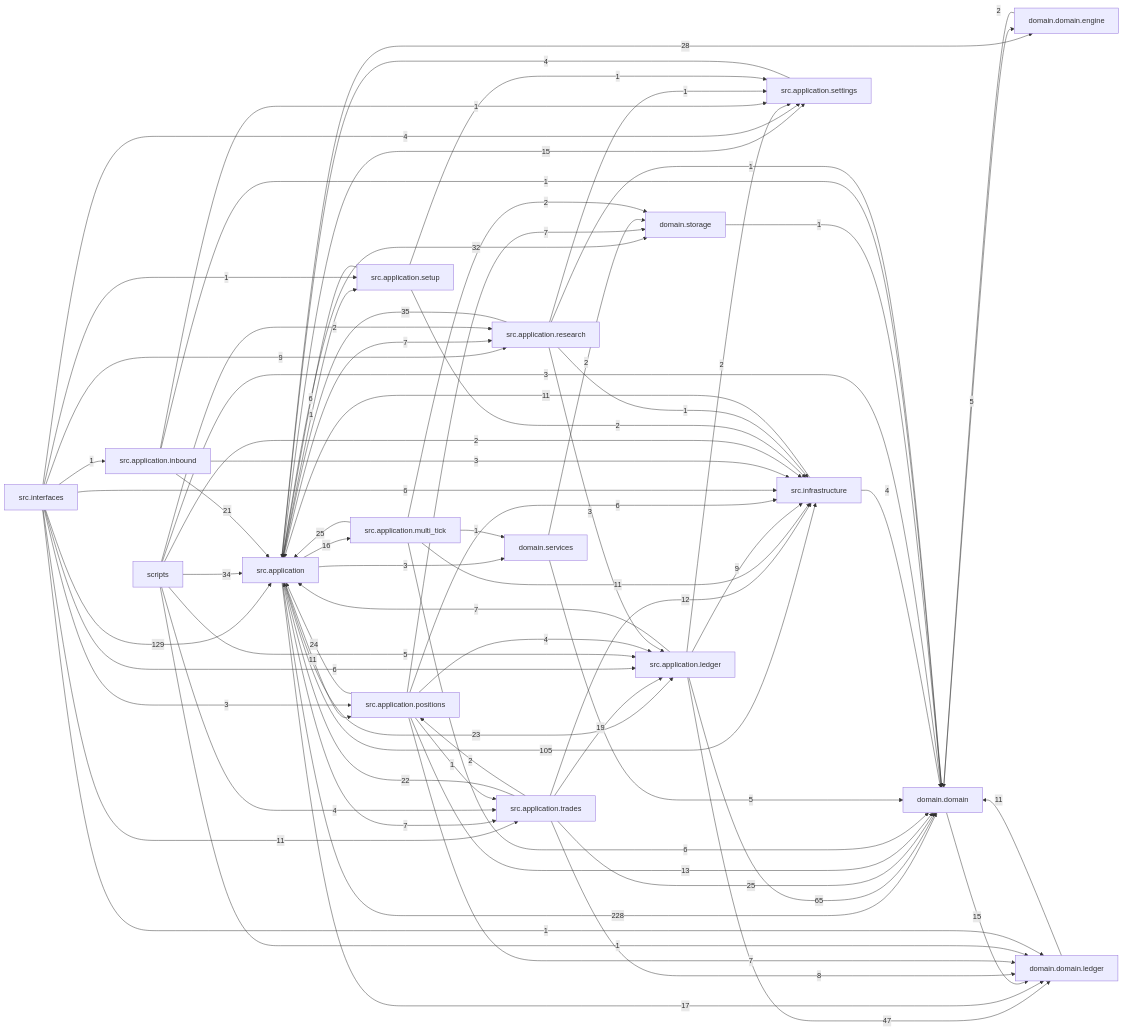
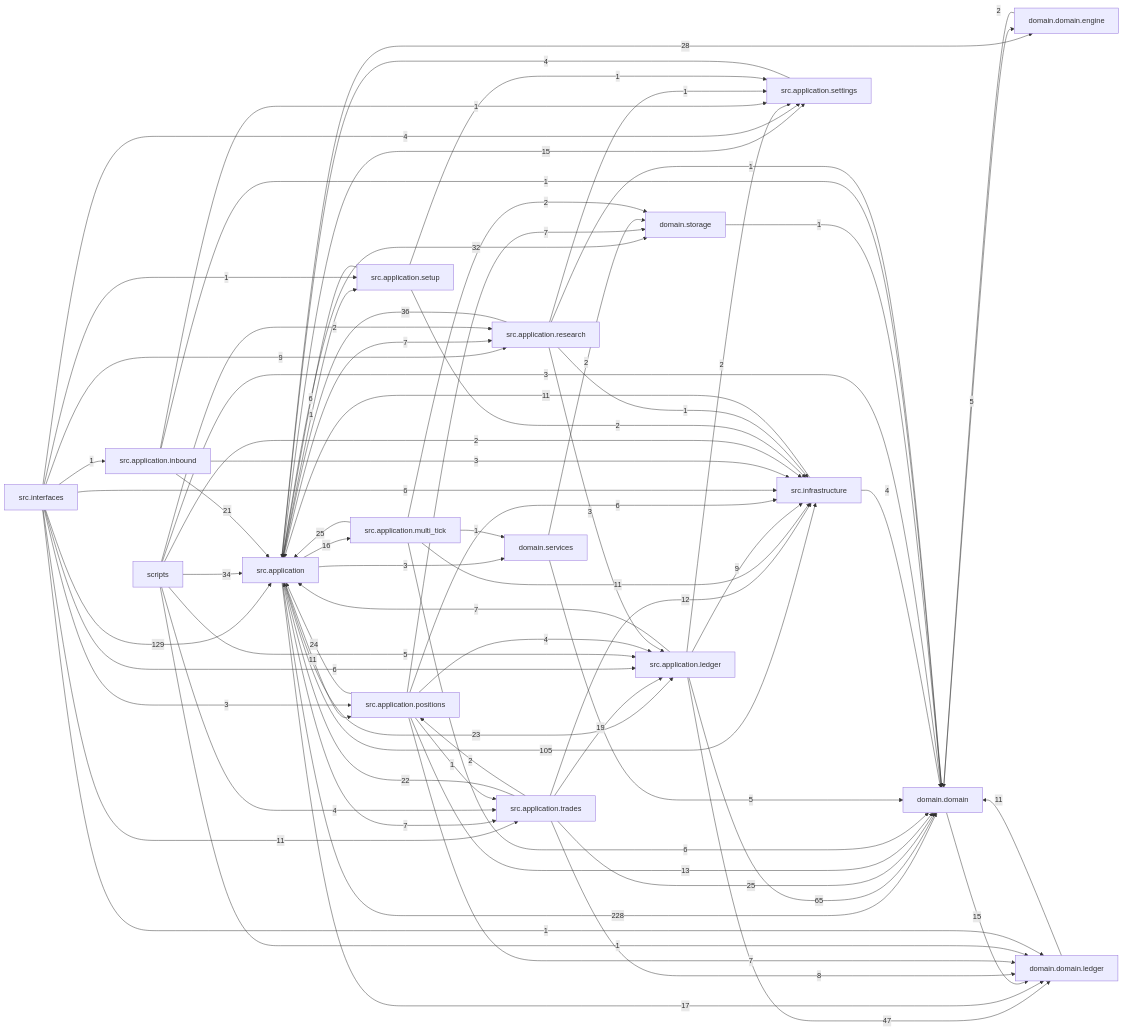
Before and after one commit to liuxie066/options-monitor: the diagram in docs/dependency_graph.mmd, drawn with Mermaid. The commit also changed 14 other files, not shown here.

```diff
--- a/docs/dependency_graph.mmd
+++ b/docs/dependency_graph.mmd
@@ -1,76 +1,76 @@
 flowchart LR
   src_application["src.application"] -->|228| domain_domain["domain.domain"]
   src_interfaces["src.interfaces"] -->|129| src_application["src.application"]
   src_application["src.application"] -->|105| src_infrastructure["src.infrastructure"]
   src_application_ledger["src.application.ledger"] -->|65| domain_domain["domain.domain"]
   src_application_ledger["src.application.ledger"] -->|47| domain_domain_ledger["domain.domain.ledger"]
-  src_application_research["src.application.research"] -->|35| src_application["src.application"]
+  src_application_research["src.application.research"] -->|36| src_application["src.application"]
   scripts["scripts"] -->|34| src_application["src.application"]
   src_application["src.application"] -->|32| domain_storage["domain.storage"]
   src_application["src.application"] -->|28| domain_domain_engine["domain.domain.engine"]
   src_application_multi_tick["src.application.multi_tick"] -->|25| src_application["src.application"]
   src_application_trades["src.application.trades"] -->|25| domain_domain["domain.domain"]
   src_application_positions["src.application.positions"] -->|24| src_application["src.application"]
   src_application["src.application"] -->|23| src_application_ledger["src.application.ledger"]
   src_application_trades["src.application.trades"] -->|22| src_application["src.application"]
   src_application_inbound["src.application.inbound"] -->|21| src_application["src.application"]
   src_application_trades["src.application.trades"] -->|19| src_application_ledger["src.application.ledger"]
   src_application["src.application"] -->|17| domain_domain_ledger["domain.domain.ledger"]
   src_application["src.application"] -->|16| src_application_multi_tick["src.application.multi_tick"]
   domain_domain["domain.domain"] -->|15| domain_domain_ledger["domain.domain.ledger"]
   src_application["src.application"] -->|15| src_application_settings["src.application.settings"]
   src_application_positions["src.application.positions"] -->|13| domain_domain["domain.domain"]
   src_application_trades["src.application.trades"] -->|12| src_infrastructure["src.infrastructure"]
   domain_domain_ledger["domain.domain.ledger"] -->|11| domain_domain["domain.domain"]
   src_application["src.application"] -->|11| src_application_positions["src.application.positions"]
   src_application_multi_tick["src.application.multi_tick"] -->|11| src_infrastructure["src.infrastructure"]
   src_infrastructure["src.infrastructure"] -->|11| src_application["src.application"]
   src_interfaces["src.interfaces"] -->|11| src_application_trades["src.application.trades"]
   src_application_ledger["src.application.ledger"] -->|9| src_infrastructure["src.infrastructure"]
   src_interfaces["src.interfaces"] -->|9| src_application_research["src.application.research"]
   src_application_trades["src.application.trades"] -->|8| domain_domain_ledger["domain.domain.ledger"]
   src_application["src.application"] -->|7| src_application_research["src.application.research"]
   src_application["src.application"] -->|7| src_application_trades["src.application.trades"]
   src_application_ledger["src.application.ledger"] -->|7| src_application["src.application"]
   src_application_positions["src.application.positions"] -->|7| domain_domain_ledger["domain.domain.ledger"]
   src_application_positions["src.application.positions"] -->|7| domain_storage["domain.storage"]
   src_application_multi_tick["src.application.multi_tick"] -->|6| domain_domain["domain.domain"]
   src_application_positions["src.application.positions"] -->|6| src_infrastructure["src.infrastructure"]
   src_application_setup["src.application.setup"] -->|6| src_application["src.application"]
   src_interfaces["src.interfaces"] -->|6| src_application_ledger["src.application.ledger"]
   src_interfaces["src.interfaces"] -->|6| src_infrastructure["src.infrastructure"]
   domain_domain["domain.domain"] -->|5| domain_domain_engine["domain.domain.engine"]
   domain_services["domain.services"] -->|5| domain_domain["domain.domain"]
   scripts["scripts"] -->|5| src_application_ledger["src.application.ledger"]
   scripts["scripts"] -->|4| src_application_trades["src.application.trades"]
   src_application_positions["src.application.positions"] -->|4| src_application_ledger["src.application.ledger"]
   src_application_settings["src.application.settings"] -->|4| src_application["src.application"]
   src_infrastructure["src.infrastructure"] -->|4| domain_domain["domain.domain"]
   src_interfaces["src.interfaces"] -->|4| src_application_settings["src.application.settings"]
   scripts["scripts"] -->|3| domain_domain["domain.domain"]
   src_application["src.application"] -->|3| domain_services["domain.services"]
   src_application_inbound["src.application.inbound"] -->|3| src_infrastructure["src.infrastructure"]
   src_application_research["src.application.research"] -->|3| src_application_ledger["src.application.ledger"]
   src_interfaces["src.interfaces"] -->|3| src_application_positions["src.application.positions"]
   domain_domain_engine["domain.domain.engine"] -->|2| domain_domain["domain.domain"]
   domain_services["domain.services"] -->|2| domain_storage["domain.storage"]
   scripts["scripts"] -->|2| src_application_research["src.application.research"]
   scripts["scripts"] -->|2| src_infrastructure["src.infrastructure"]
   src_application_ledger["src.application.ledger"] -->|2| src_application_settings["src.application.settings"]
   src_application_multi_tick["src.application.multi_tick"] -->|2| domain_storage["domain.storage"]
   src_application_setup["src.application.setup"] -->|2| src_infrastructure["src.infrastructure"]
   src_application_trades["src.application.trades"] -->|2| src_application_positions["src.application.positions"]
   domain_storage["domain.storage"] -->|1| domain_domain["domain.domain"]
   scripts["scripts"] -->|1| domain_domain_ledger["domain.domain.ledger"]
   src_application["src.application"] -->|1| src_application_setup["src.application.setup"]
   src_application_inbound["src.application.inbound"] -->|1| domain_domain["domain.domain"]
   src_application_inbound["src.application.inbound"] -->|1| src_application_settings["src.application.settings"]
   src_application_multi_tick["src.application.multi_tick"] -->|1| domain_services["domain.services"]
   src_application_positions["src.application.positions"] -->|1| src_application_trades["src.application.trades"]
   src_application_research["src.application.research"] -->|1| domain_domain["domain.domain"]
   src_application_research["src.application.research"] -->|1| src_application_settings["src.application.settings"]
   src_application_research["src.application.research"] -->|1| src_infrastructure["src.infrastructure"]
   src_application_setup["src.application.setup"] -->|1| src_application_settings["src.application.settings"]
   src_interfaces["src.interfaces"] -->|1| domain_domain_ledger["domain.domain.ledger"]
   src_interfaces["src.interfaces"] -->|1| src_application_inbound["src.application.inbound"]
   src_interfaces["src.interfaces"] -->|1| src_application_setup["src.application.setup"]
```
